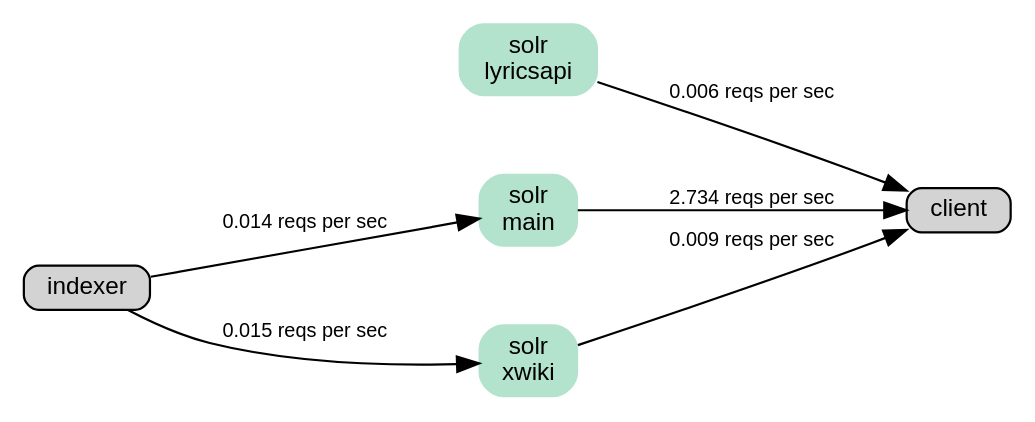
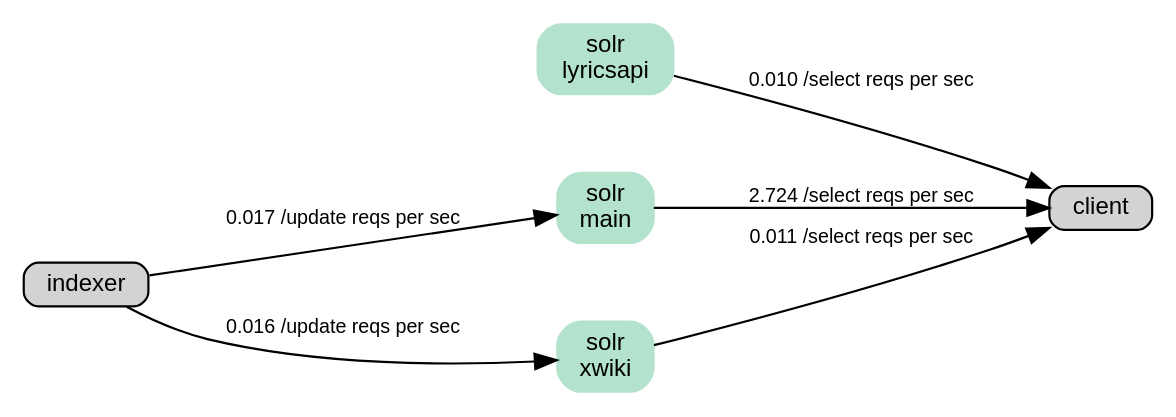
One commit to Wikia/data-flow-graphs changed the diagram in output/solr.gv. Above: the diagram before and after it, drawn with Graphviz. The commit also changed 4 other files, not shown here.

Commit message:
solr | add HTTP "method" used to the graph

```diff
--- a/output/solr.gv
+++ b/output/solr.gv
@@ -1,19 +1,19 @@
 digraph G {
 	graph [ center=true, margin=0.75, nodesep=0.5, ranksep=0.75, rankdir=LR ];
 	node [ shape=box, style="rounded,filled" width=0, height=0, fontname=Helvetica, fontsize=11 ];
 	edge [ fontname=Helvetica, fontsize=9 ];
 
 	// nodes
 	n1 [label="client"];
 	n2 [label="indexer"];
 	n3 [label="solr\nlyricsapi" group="solr" colorscheme=pastel28 color=1];
 	n4 [label="solr\nmain" group="solr" colorscheme=pastel28 color=1];
 	n5 [label="solr\nxwiki" group="solr" colorscheme=pastel28 color=1];
 
 	// edges
-	n4 -> n1 [label="2.734 reqs per sec"];
-	n2 -> n5 [label="0.015 reqs per sec"];
-	n5 -> n1 [label="0.009 reqs per sec"];
-	n2 -> n4 [label="0.014 reqs per sec"];
-	n3 -> n1 [label="0.006 reqs per sec"];
+	n4 -> n1 [label="2.724 /select reqs per sec"];
+	n5 -> n1 [label="0.011 /select reqs per sec"];
+	n2 -> n4 [label="0.017 /update reqs per sec"];
+	n2 -> n5 [label="0.016 /update reqs per sec"];
+	n3 -> n1 [label="0.010 /select reqs per sec"];
 }
```
